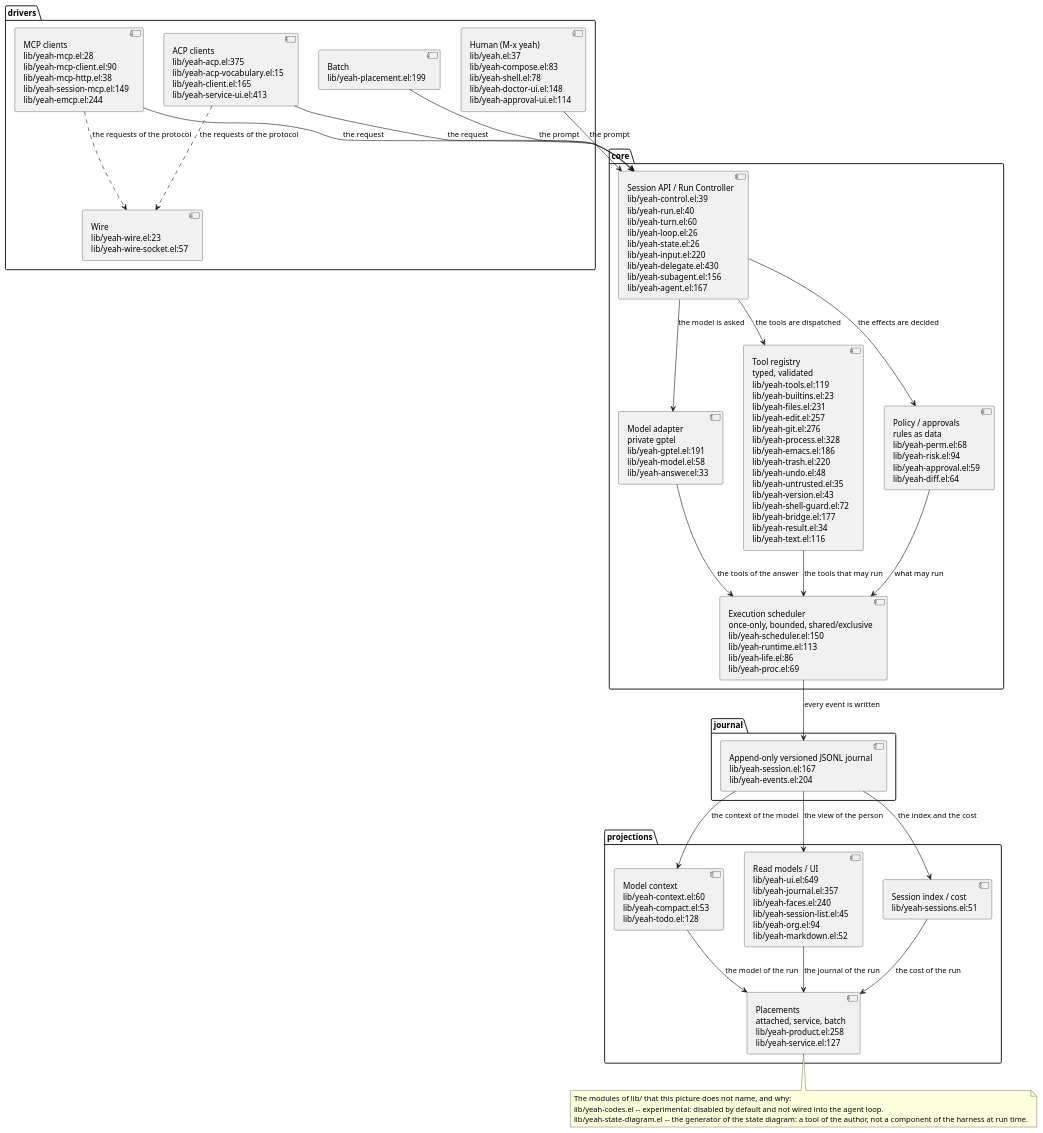
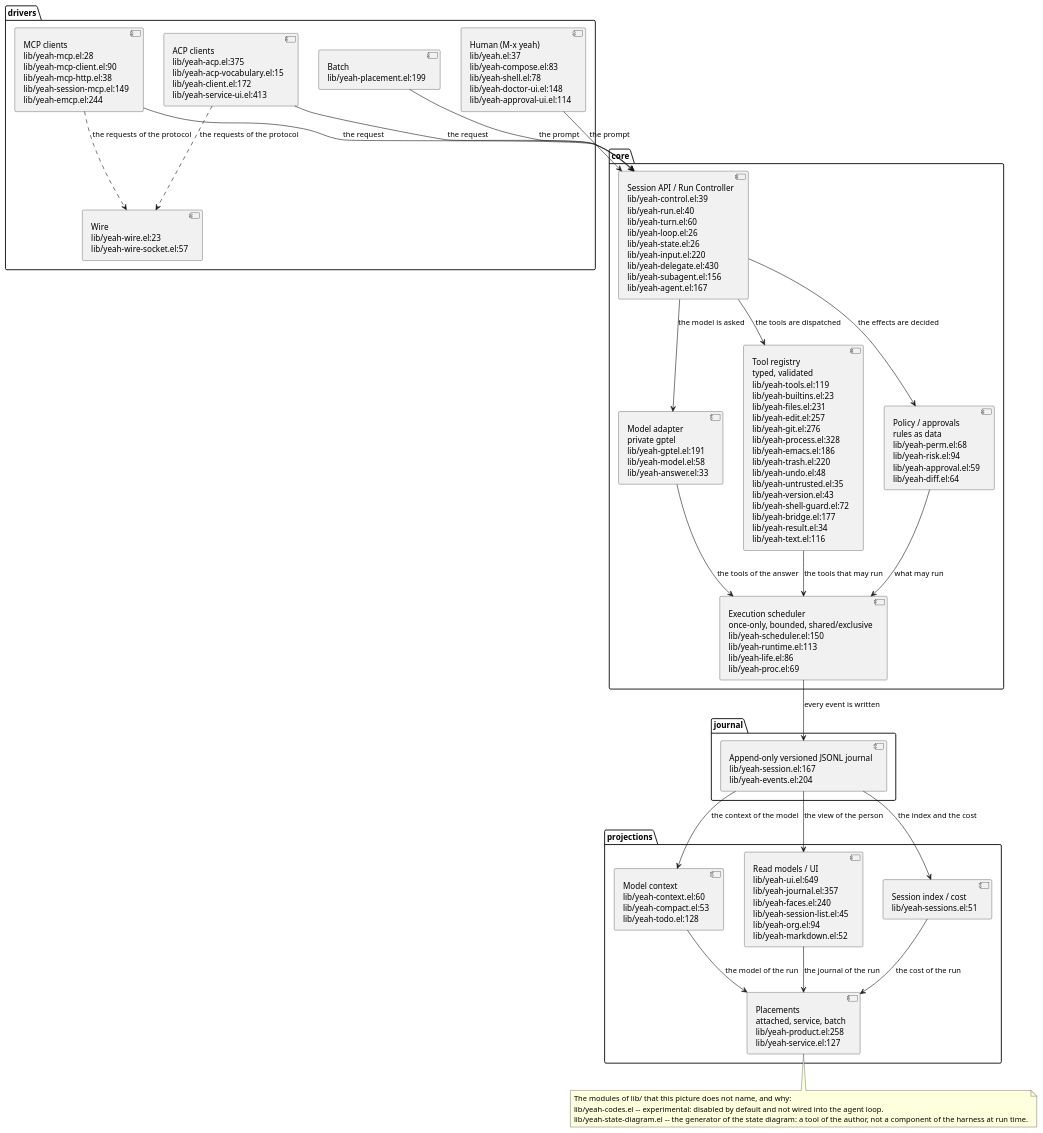
The diagram in site/diagrams/core-layers.puml (11111000000/yeah), drawn with PlantUML before and after one commit.

Commit message:
fix(diagram): the picture names the client where it is now

```diff
--- a/site/diagrams/core-layers.puml
+++ b/site/diagrams/core-layers.puml
@@ -1,69 +1,69 @@
 @startuml core-layers
 ' The layers of the core of Yeah.
 '
 ' The same picture as the ASCII figure of the site and as the component
 ' architecture of `docs/ARCHITECTURE.md' §5, in the notation of components:
 ' the drivers submit to the run controller, the controller drives the model
 ' adapter, the tool registry and the policy, the scheduler runs what may
 ' run, everything that happened is written into one journal, and the
 ' projections read the journal.
 '
 ' Every block names the files that implement it, as `file:line'.  The
 ' modules of `lib/' that this picture does not name are listed in the note
 ' at the end of this file, with the reason why they are not there.
 
 package "drivers" as drivers {
   component "Human (M-x yeah)\nlib/yeah.el:37\nlib/yeah-compose.el:83\nlib/yeah-shell.el:78\nlib/yeah-doctor-ui.el:148\nlib/yeah-approval-ui.el:114" as human
-  component "ACP clients\nlib/yeah-acp.el:375\nlib/yeah-acp-vocabulary.el:15\nlib/yeah-client.el:165\nlib/yeah-service-ui.el:413" as acp
+  component "ACP clients\nlib/yeah-acp.el:375\nlib/yeah-acp-vocabulary.el:15\nlib/yeah-client.el:172\nlib/yeah-service-ui.el:413" as acp
   component "MCP clients\nlib/yeah-mcp.el:28\nlib/yeah-mcp-client.el:90\nlib/yeah-mcp-http.el:38\nlib/yeah-session-mcp.el:149\nlib/yeah-emcp.el:244" as mcp
   component "Batch\nlib/yeah-placement.el:199" as batch
   component "Wire\nlib/yeah-wire.el:23\nlib/yeah-wire-socket.el:57" as wire
 }
 
 package "core" as core {
   component "Session API / Run Controller\nlib/yeah-control.el:39\nlib/yeah-run.el:40\nlib/yeah-turn.el:60\nlib/yeah-loop.el:26\nlib/yeah-state.el:26\nlib/yeah-input.el:220\nlib/yeah-delegate.el:430\nlib/yeah-subagent.el:156\nlib/yeah-agent.el:167" as controller
   component "Model adapter\nprivate gptel\nlib/yeah-gptel.el:191\nlib/yeah-model.el:58\nlib/yeah-answer.el:33" as model_adapter
   component "Tool registry\ntyped, validated\nlib/yeah-tools.el:119\nlib/yeah-builtins.el:23\nlib/yeah-files.el:231\nlib/yeah-edit.el:257\nlib/yeah-git.el:276\nlib/yeah-process.el:328\nlib/yeah-emacs.el:186\nlib/yeah-trash.el:220\nlib/yeah-undo.el:48\nlib/yeah-untrusted.el:35\nlib/yeah-version.el:43\nlib/yeah-shell-guard.el:72\nlib/yeah-bridge.el:177\nlib/yeah-result.el:34\nlib/yeah-text.el:116" as registry
   component "Policy / approvals\nrules as data\nlib/yeah-perm.el:68\nlib/yeah-risk.el:94\nlib/yeah-approval.el:59\nlib/yeah-diff.el:64" as policy
   component "Execution scheduler\nonce-only, bounded, shared/exclusive\nlib/yeah-scheduler.el:150\nlib/yeah-runtime.el:113\nlib/yeah-life.el:86\nlib/yeah-proc.el:69" as scheduler
 }
 
 package "journal" as journal {
   component "Append-only versioned JSONL journal\nlib/yeah-session.el:167\nlib/yeah-events.el:204" as log
 }
 
 package "projections" as projections {
   component "Model context\nlib/yeah-context.el:60\nlib/yeah-compact.el:53\nlib/yeah-todo.el:128" as context
   component "Read models / UI\nlib/yeah-ui.el:649\nlib/yeah-journal.el:357\nlib/yeah-faces.el:240\nlib/yeah-session-list.el:45\nlib/yeah-org.el:94\nlib/yeah-markdown.el:52" as ui
   component "Session index / cost\nlib/yeah-sessions.el:51" as sessions
   component "Placements\nattached, service, batch\nlib/yeah-product.el:258\nlib/yeah-service.el:127" as placements
 }
 
 human --> controller : the prompt
 acp --> controller : the request
 mcp --> controller : the request
 batch --> controller : the prompt
 acp ..> wire : the requests of the protocol
 mcp ..> wire : the requests of the protocol
 
 controller --> model_adapter : the model is asked
 controller --> registry : the tools are dispatched
 controller --> policy : the effects are decided
 model_adapter --> scheduler : the tools of the answer
 registry --> scheduler : the tools that may run
 policy --> scheduler : what may run
 scheduler --> log : every event is written
 
 log --> context : the context of the model
 log --> ui : the view of the person
 log --> sessions : the index and the cost
 context --> placements : the model of the run
 ui --> placements : the journal of the run
 sessions --> placements : the cost of the run
 
 note bottom
   The modules of lib/ that this picture does not name, and why:
   lib/yeah-codes.el -- experimental: disabled by default and not wired into the agent loop.
   lib/yeah-state-diagram.el -- the generator of the state diagram: a tool of the author, not a component of the harness at run time.
 end note
 @enduml
```
